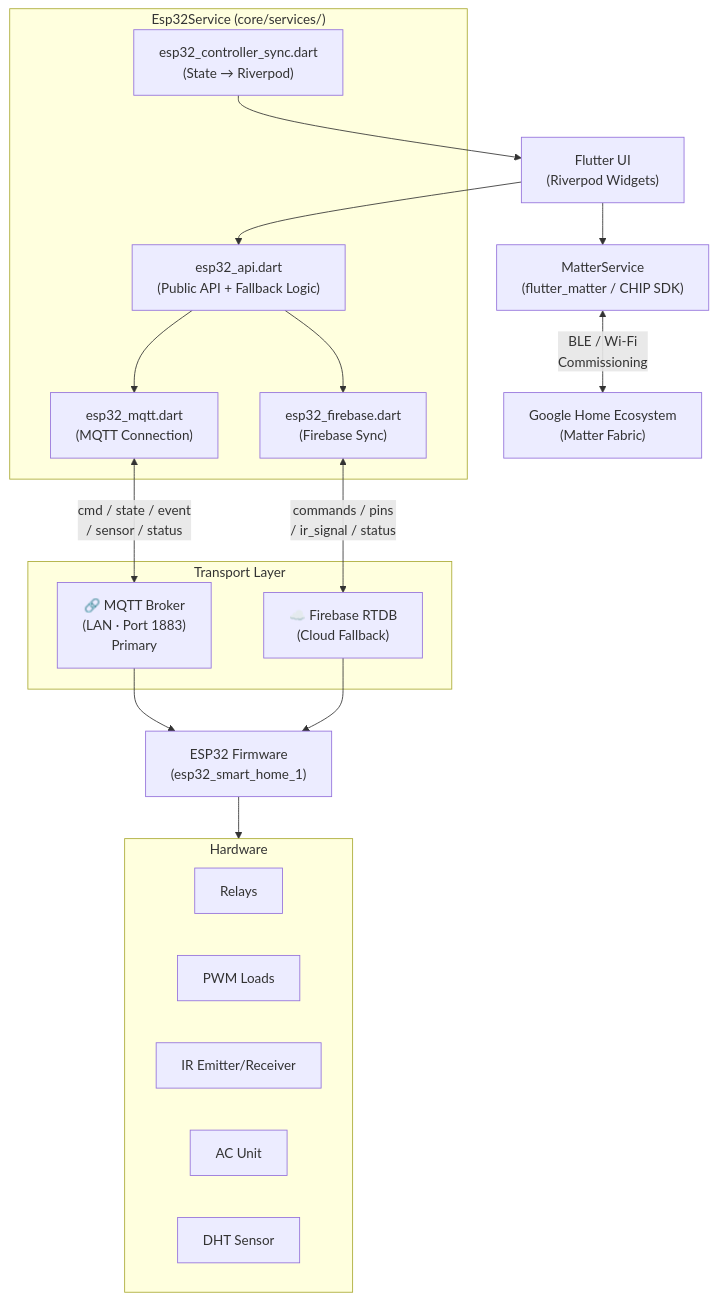
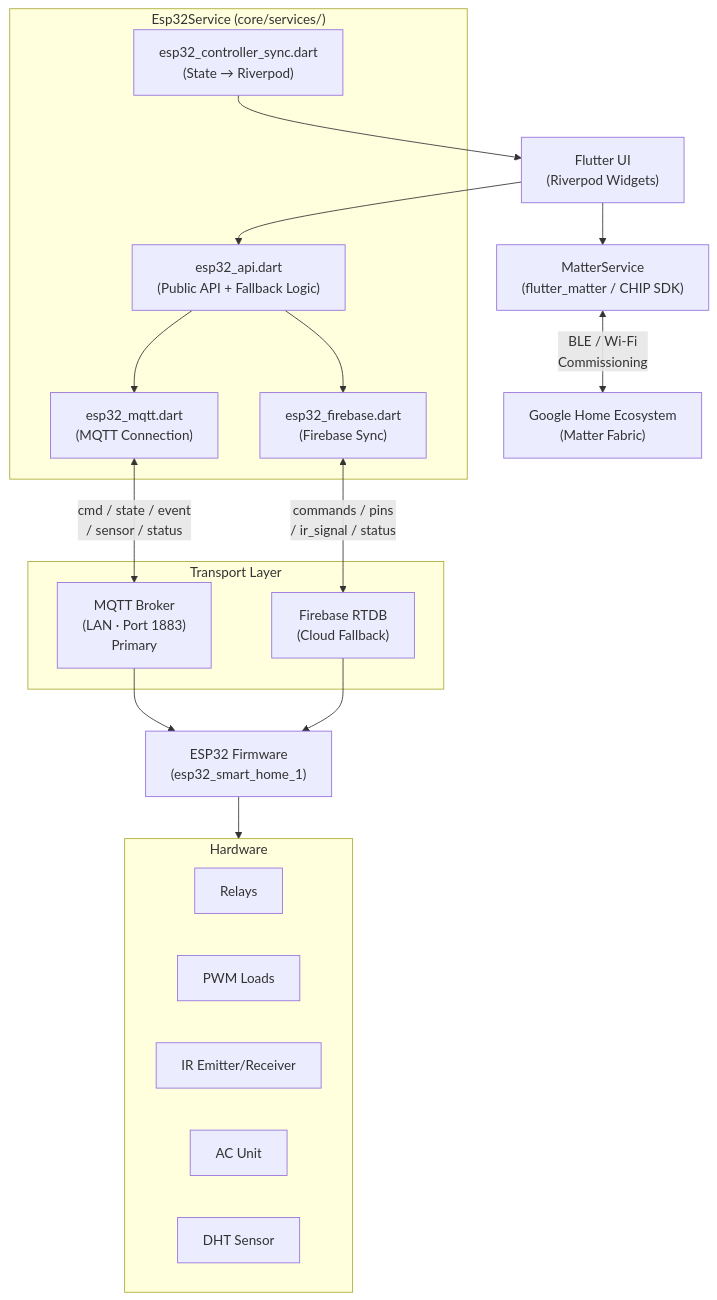
Before and after one commit to abod8639/smart_home: the diagram in README.md, drawn with Mermaid. The commit also changed other lines of this file, not shown here.

````diff
--- a/README.md
+++ b/README.md
@@ -70,42 +70,42 @@
 ```mermaid
 flowchart TD
     UI["Flutter UI\n(Riverpod Widgets)"]
 
     subgraph Esp32Service["Esp32Service (core/services/)"]
         API["esp32_api.dart\n(Public API + Fallback Logic)"]
         MQTT_SVC["esp32_mqtt.dart\n(MQTT Connection)"]
         FB_SVC["esp32_firebase.dart\n(Firebase Sync)"]
         SYNC["esp32_controller_sync.dart\n(State → Riverpod)"]
     end
 
     subgraph Transport["Transport Layer"]
-        MQTT["🔗 MQTT Broker\n(LAN · Port 1883)\nPrimary"]
-        RTDB["☁️ Firebase RTDB\n(Cloud Fallback)"]
+        MQTT["MQTT Broker\n(LAN · Port 1883)\nPrimary"]
+        RTDB["Firebase RTDB\n(Cloud Fallback)"]
     end
 
     ESP32["ESP32 Firmware\n(esp32_smart_home_1)"]
 
     subgraph Hardware["Hardware"]
         Relay["Relays"]
         PWM["PWM Loads"]
         IR["IR Emitter/Receiver"]
         AC["AC Unit"]
         Sensor["DHT Sensor"]
     end
 
     MatterSvc["MatterService\n(flutter_matter / CHIP SDK)"]
     GoogleHome["Google Home Ecosystem\n(Matter Fabric)"]
 
     UI --> API
     API --> MQTT_SVC
     API --> FB_SVC
     MQTT_SVC <-->|"cmd / state / event\n/ sensor / status"| MQTT
     FB_SVC <-->|"commands / pins\n/ ir_signal / status"| RTDB
     MQTT --> ESP32
     RTDB --> ESP32
     ESP32 --> Hardware
     SYNC --> UI
 
     UI --> MatterSvc
     MatterSvc <-->|"BLE / Wi-Fi\nCommissioning"| GoogleHome
 ```
````
